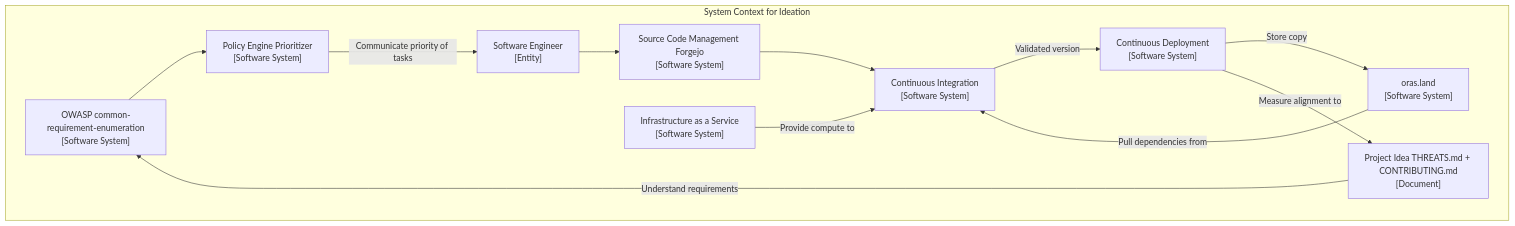
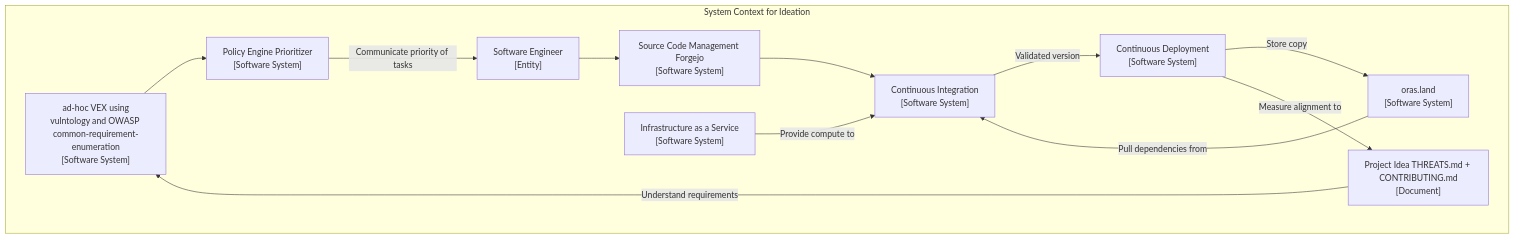
Before and after one commit to intel/dffml: the second of 2 diagrams in CONTRIBUTING.md, drawn with Mermaid. The commit also changed other lines of this file, not shown here.

Commit message:
CONTRIBUTING: Measureing Alignment: ad-hoc CVEs for bandit scans issue link

````diff
--- a/CONTRIBUTING.md
+++ b/CONTRIBUTING.md
@@ -285,34 +286,34 @@
 ```mermaid
     graph TD
 
       subgraph system_context[System Context for Ideation]
 
-        requirements_management[OWASP common-requirement-enumeration<br>&#91Software System&#93]
+        requirements_management[ad-hoc VEX using<br>vulntology and OWASP common-requirement-enumeration<br>&#91Software System&#93]
         data_storage[oras.land<br>&#91Software System&#93]
         source_control[Source Code Management Forgejo<br>&#91Software System&#93]
         engineer[Software Engineer<br>&#91Entity&#93]
         prioritizer[Policy Engine Prioritizer<br>&#91Software System&#93]
         project_idea[Project Idea THREATS.md + CONTRIBUTING.md<br>&#91Document&#93]
         ci_software[Continuous Integration<br>&#91Software System&#93]
         cd_software[Continuous Deployment<br>&#91Software System&#93]
         iaas[Infrastructure as a Service<br>&#91Software System&#93]
 
         project_idea -->|Understand requirements| requirements_management
         requirements_management --> prioritizer
         prioritizer -->|Communicate priority of tasks| engineer
         engineer --> source_control
         source_control --> ci_software
         data_storage -->|Pull dependencies from| ci_software
         iaas -->|Provide compute to| ci_software
         ci_software -->|Validated version| cd_software
         cd_software -->|Store copy| data_storage
         cd_software -->|Measure alignment to| project_idea
 
         class prioritizer,engineer,project_idea Person;
         class innersource NewSystem;
         class ci_software,cd_software,requirements_management,source_control,data_storage,iaas ExistingSystem;
 
       end
 
       class system_context background;
 ```
````
